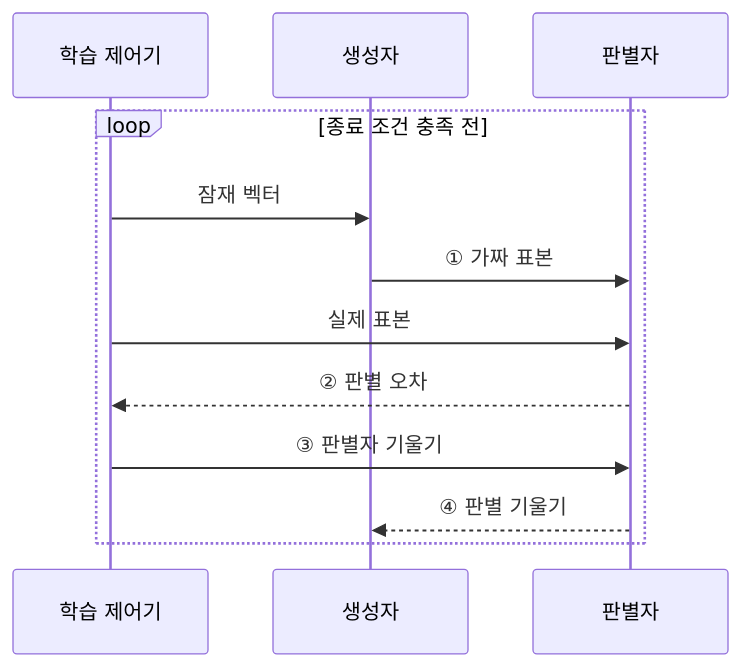
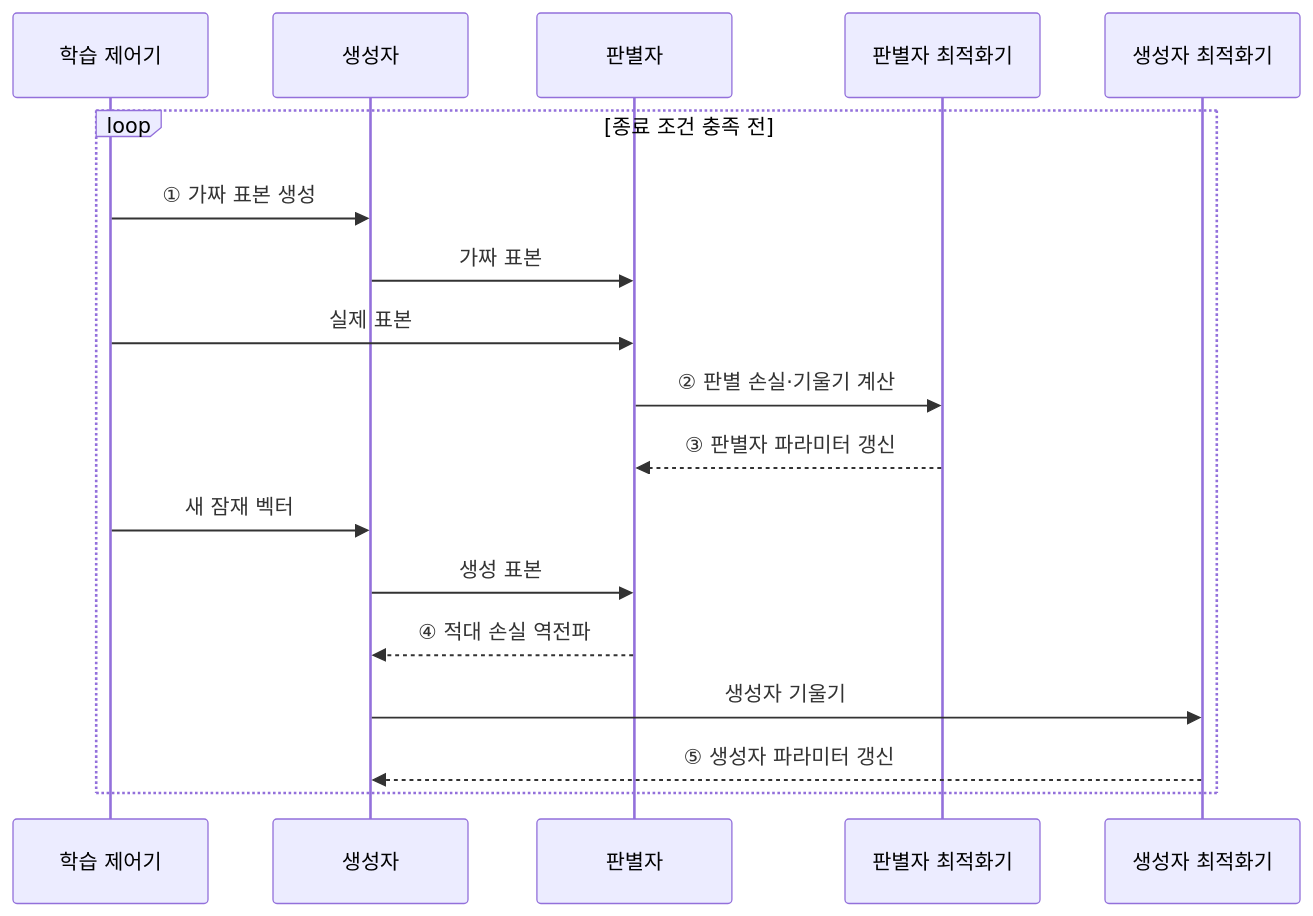
Before and after one commit to agnusdei1207/knowledge-base: the second of 2 diagrams in src/content/docs/notes/01-basic-theory/046_gan.md, drawn with Mermaid. The commit also changed other lines of this file and 19 other files, not shown here.

````diff
--- a/src/content/docs/notes/01-basic-theory/046_gan.md
+++ b/src/content/docs/notes/01-basic-theory/046_gan.md
@@ -83,14 +92,20 @@
 ```mermaid
 sequenceDiagram
     participant T as 학습 제어기
     participant G as 생성자
     participant D as 판별자
+    participant OD as 판별자 최적화기
+    participant OG as 생성자 최적화기
     loop 종료 조건 충족 전
-        T->>G: 잠재 벡터
-        G->>D: ① 가짜 표본
+        T->>G: ① 가짜 표본 생성
+        G->>D: 가짜 표본
         T->>D: 실제 표본
-        D-->>T: ② 판별 오차
-        T->>D: ③ 판별자 기울기
-        D-->>G: ④ 판별 기울기
+        D->>OD: ② 판별 손실·기울기 계산
+        OD-->>D: ③ 판별자 파라미터 갱신
+        T->>G: 새 잠재 벡터
+        G->>D: 생성 표본
+        D-->>G: ④ 적대 손실 역전파
+        G->>OG: 생성자 기울기
+        OG-->>G: ⑤ 생성자 파라미터 갱신
     end
 ```
````
